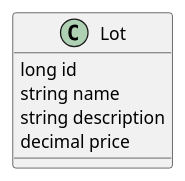
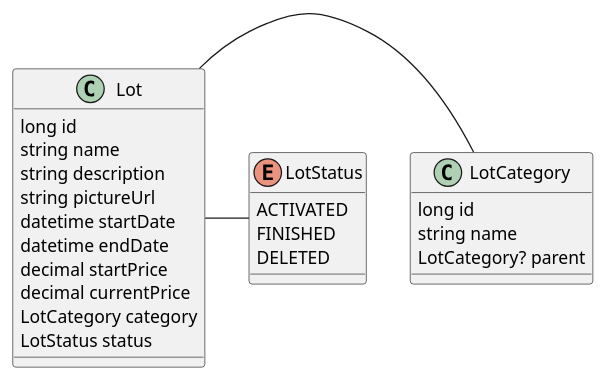
Before and after one commit to ETML-ES-LABEFE-SEB-SEB/Backend: the diagram in docs/class_diagram.puml, drawn with PlantUML.

Commit message:
docs: Add base class diagram

```diff
--- a/docs/class_diagram.puml
+++ b/docs/class_diagram.puml
@@ -1,10 +1,31 @@
 @startuml
 
 class Lot {
     long id
     string name
     string description
-    decimal price
+    string pictureUrl
+    datetime startDate
+    datetime endDate
+    decimal startPrice
+    decimal currentPrice
+    LotCategory category
+    LotStatus status
 }
 
+class LotCategory {
+    long id
+    string name
+    LotCategory? parent
+}
+
+enum LotStatus {
+    ACTIVATED
+    FINISHED
+    DELETED
+}
+
+Lot - LotCategory
+Lot - LotStatus
+
 @enduml
```
